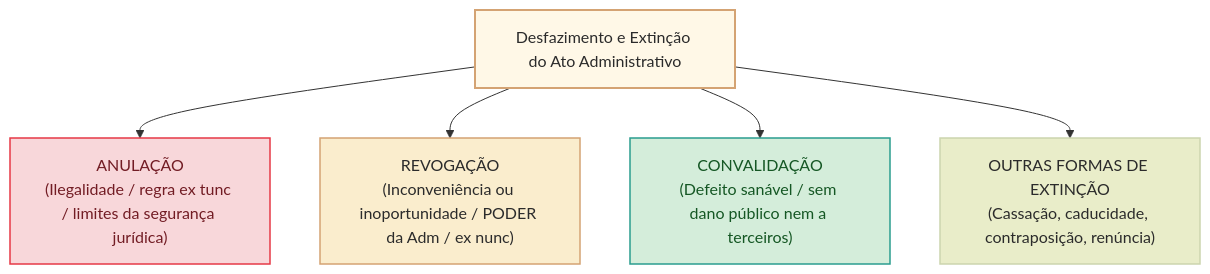
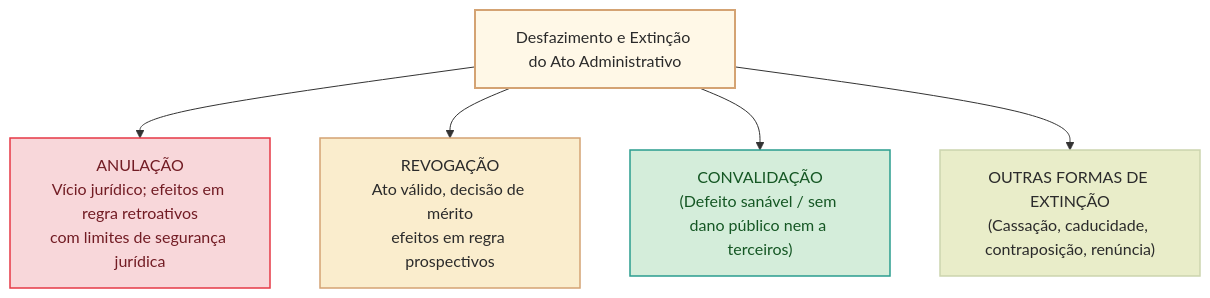
One commit to leorruas/concursos changed the first of 2 diagrams in 3 - Materias/Direito Administrativo/17 - anulacao revogacao convalidacao e extincao de atos administrativos.md. Above: the diagram before and after it, drawn with Mermaid. The commit also changed other lines of this file, not shown here.

Commit message:
docs(DAD17): precisar anulação, revogação e convalidação e seus limites

````diff
--- a/3 - Materias/Direito Administrativo/17 - anulacao revogacao convalidacao e extincao de atos administrativos.md
+++ b/3 - Materias/Direito Administrativo/17 - anulacao revogacao convalidacao e extincao de atos administrativos.md
@@ -20,15 +20,15 @@
 ```mermaid
 flowchart TD
     classDef raiz fill:#fff8e7,stroke:#d4a373,stroke-width:2px,color:#2b2b2b;
     classDef anula fill:#f8d7da,stroke:#e63946,stroke-width:1.5px,color:#721c24;
     classDef revoga fill:#faedcd,stroke:#d4a373,stroke-width:1.5px,color:#2b2b2b;
     classDef convalida fill:#d4edda,stroke:#2a9d8f,stroke-width:1.5px,color:#155724;
     classDef outras fill:#e9edc9,stroke:#ccd5ae,stroke-width:1.5px,color:#2b2b2b;
 
     A["Desfazimento e Extinção do Ato Administrativo"]:::raiz
 
-    A --> B["ANULAÇÃO<br/>(Ilegalidade / regra ex tunc / limites da segurança jurídica)"]:::anula
-    A --> C["REVOGAÇÃO<br/>(Inconveniência ou inoportunidade / PODER da Adm / ex nunc)"]:::revoga
+    A --> B["ANULAÇÃO<br/>Vício jurídico; efeitos em regra retroativos<br/>com limites de segurança jurídica"]:::anula
+    A --> C["REVOGAÇÃO<br/>Ato válido, decisão de mérito<br/>efeitos em regra prospectivos"]:::revoga
     A --> D["CONVALIDAÇÃO<br/>(Defeito sanável / sem dano público nem a terceiros)"]:::convalida
     A --> E["OUTRAS FORMAS DE EXTINÇÃO<br/>(Cassação, caducidade, contraposição, renúncia)"]:::outras
 ```
````
